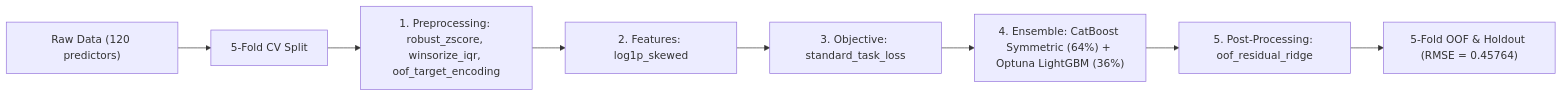
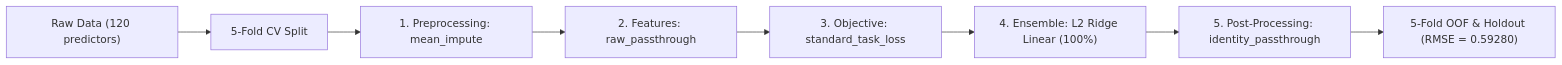
One commit to stefanoclss/UM-Game-Playing-Strength-of-MCTS-Variants changed the diagram in README.md. Above: the diagram before and after it, drawn with Mermaid. The commit also changed other lines of this file, not shown here.

First line of the commit message:
docs(readme): refresh verified OOF benchmark & build ledger (RMSE=0.59280)

````diff
--- a/README.md
+++ b/README.md
@@ -75,10 +69,10 @@
 ```mermaid
 flowchart LR
     DATA["Raw Data (120 predictors)"] --> SPLIT["5-Fold CV Split"]
-    SPLIT --> PRE["1. Preprocessing: robust_zscore, winsorize_iqr, oof_target_encoding"]
-    PRE --> FEAT["2. Features: log1p_skewed"]
+    SPLIT --> PRE["1. Preprocessing: mean_impute"]
+    PRE --> FEAT["2. Features: raw_passthrough"]
     FEAT --> OBJ["3. Objective: standard_task_loss"]
-    OBJ --> M0["4. Ensemble: CatBoost Symmetric (64%) + Optuna LightGBM (36%)"]
-    M0 --> POST["5. Post-Processing: oof_residual_ridge"]
-    POST --> OUT["5-Fold OOF & Holdout (RMSE = 0.45764)"]
+    OBJ --> M0["4. Ensemble: L2 Ridge Linear (100%)"]
+    M0 --> POST["5. Post-Processing: identity_passthrough"]
+    POST --> OUT["5-Fold OOF & Holdout (RMSE = 0.59280)"]
 ```
````
